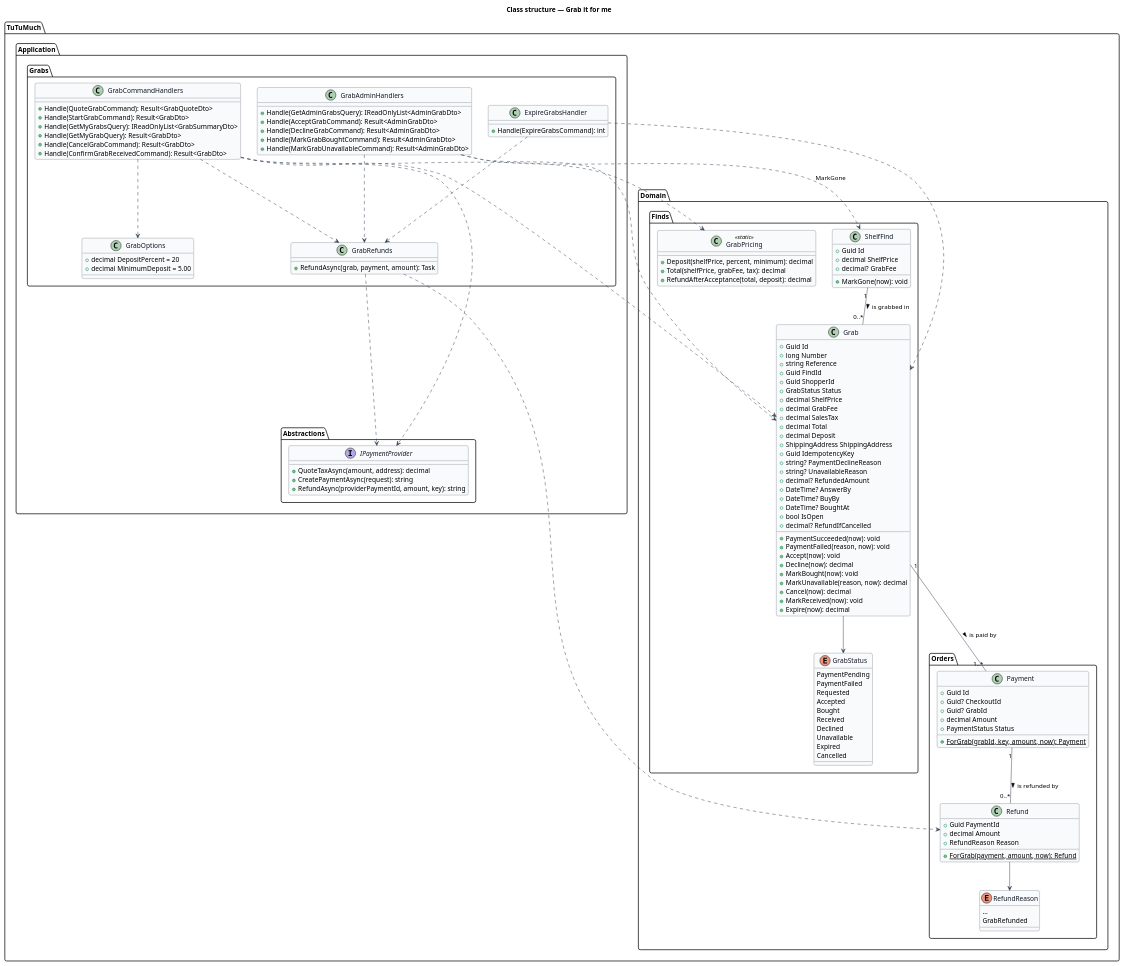
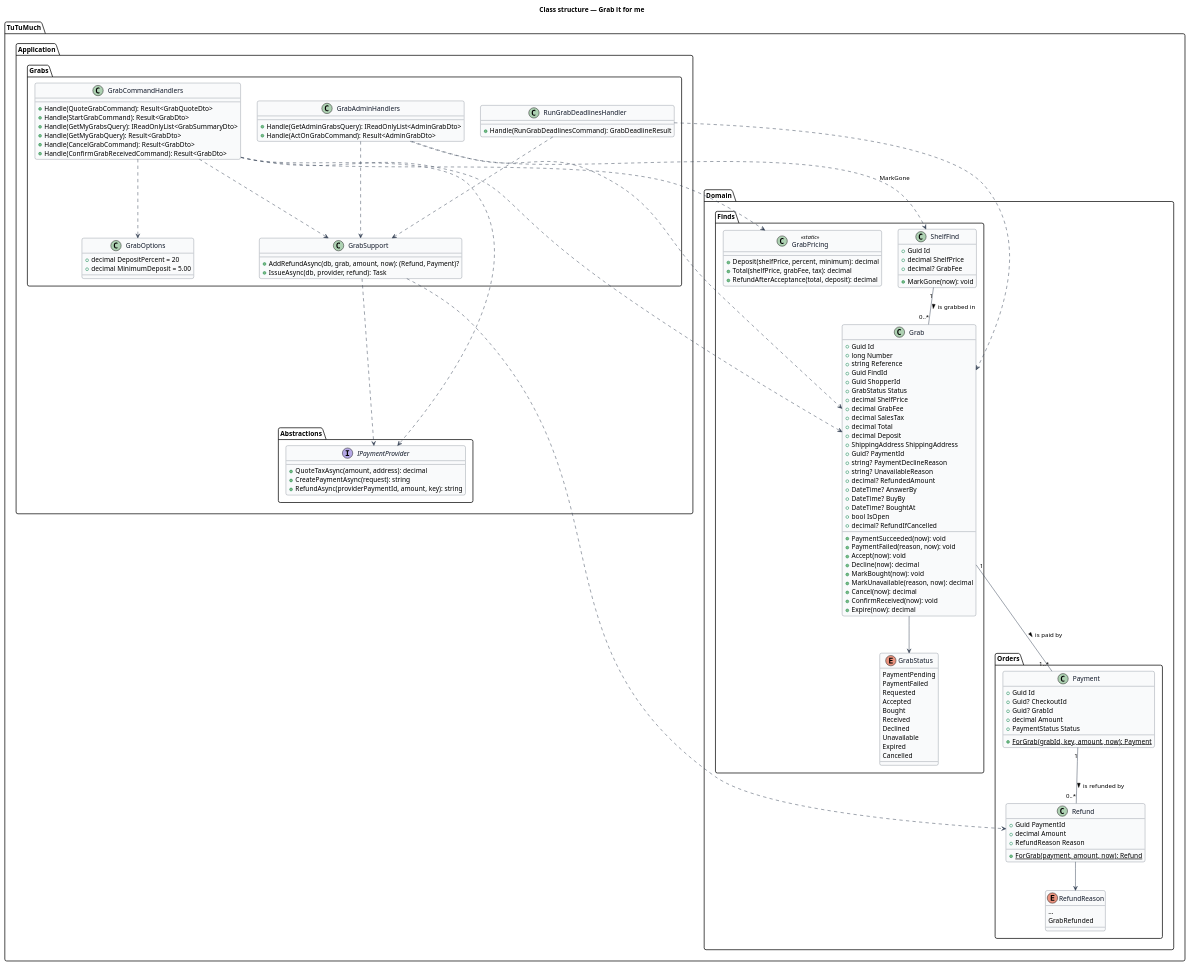
One commit to QuinntyneBrown/tutumuch changed the diagram in docs/detailed-designs/orders/grab-it-for-me/diagrams/class-structure.puml. Above: the diagram before and after it, drawn with PlantUML. The commit also changed 24 other files, not shown here.

```diff
--- a/docs/detailed-designs/orders/grab-it-for-me/diagrams/class-structure.puml
+++ b/docs/detailed-designs/orders/grab-it-for-me/diagrams/class-structure.puml
@@ -1,146 +1,144 @@
 @startuml
 skinparam backgroundColor #FFFFFF
 skinparam shadowing false
 skinparam roundcorner 8
 skinparam defaultFontName Arial
 skinparam ArrowColor #344054
 skinparam class {
   BorderColor #344054
   FontColor #101828
   BackgroundColor #F9FAFB
 }
 title Class structure — Grab it for me
 
 package "TuTuMuch.Domain.Finds" {
   enum GrabStatus {
     PaymentPending
     PaymentFailed
     Requested
     Accepted
     Bought
     Received
     Declined
     Unavailable
     Expired
     Cancelled
   }
   class Grab {
     +Guid Id
     +long Number
     +string Reference
     +Guid FindId
     +Guid ShopperId
     +GrabStatus Status
     +decimal ShelfPrice
     +decimal GrabFee
     +decimal SalesTax
     +decimal Total
     +decimal Deposit
     +ShippingAddress ShippingAddress
-    +Guid IdempotencyKey
+    +Guid? PaymentId
     +string? PaymentDeclineReason
     +string? UnavailableReason
     +decimal? RefundedAmount
     +DateTime? AnswerBy
     +DateTime? BuyBy
     +DateTime? BoughtAt
     +bool IsOpen
     +decimal? RefundIfCancelled
     +PaymentSucceeded(now): void
     +PaymentFailed(reason, now): void
     +Accept(now): void
     +Decline(now): decimal
     +MarkBought(now): void
     +MarkUnavailable(reason, now): decimal
     +Cancel(now): decimal
-    +MarkReceived(now): void
+    +ConfirmReceived(now): void
     +Expire(now): decimal
   }
   class GrabPricing <<static>> {
     +Deposit(shelfPrice, percent, minimum): decimal
     +Total(shelfPrice, grabFee, tax): decimal
     +RefundAfterAcceptance(total, deposit): decimal
   }
   class ShelfFind {
     +Guid Id
     +decimal ShelfPrice
     +decimal? GrabFee
     +MarkGone(now): void
   }
 }
 
 package "TuTuMuch.Domain.Orders" {
   class Payment {
     +Guid Id
     +Guid? CheckoutId
     +Guid? GrabId
     +decimal Amount
     +PaymentStatus Status
     +{static} ForGrab(grabId, key, amount, now): Payment
   }
   class Refund {
     +Guid PaymentId
     +decimal Amount
     +RefundReason Reason
     +{static} ForGrab(payment, amount, now): Refund
   }
   enum RefundReason {
     ...
     GrabRefunded
   }
 }
 
 package "TuTuMuch.Application.Grabs" {
   class GrabOptions {
     +decimal DepositPercent = 20
     +decimal MinimumDeposit = 5.00
   }
   class GrabCommandHandlers {
     +Handle(QuoteGrabCommand): Result<GrabQuoteDto>
     +Handle(StartGrabCommand): Result<GrabDto>
     +Handle(GetMyGrabsQuery): IReadOnlyList<GrabSummaryDto>
     +Handle(GetMyGrabQuery): Result<GrabDto>
     +Handle(CancelGrabCommand): Result<GrabDto>
     +Handle(ConfirmGrabReceivedCommand): Result<GrabDto>
   }
   class GrabAdminHandlers {
     +Handle(GetAdminGrabsQuery): IReadOnlyList<AdminGrabDto>
-    +Handle(AcceptGrabCommand): Result<AdminGrabDto>
-    +Handle(DeclineGrabCommand): Result<AdminGrabDto>
-    +Handle(MarkGrabBoughtCommand): Result<AdminGrabDto>
-    +Handle(MarkGrabUnavailableCommand): Result<AdminGrabDto>
+    +Handle(ActOnGrabCommand): Result<AdminGrabDto>
   }
-  class ExpireGrabsHandler {
-    +Handle(ExpireGrabsCommand): int
+  class RunGrabDeadlinesHandler {
+    +Handle(RunGrabDeadlinesCommand): GrabDeadlineResult
   }
-  class GrabRefunds {
-    +RefundAsync(grab, payment, amount): Task
+  class GrabSupport {
+    +AddRefundAsync(db, grab, amount, now): (Refund, Payment)?
+    +IssueAsync(db, provider, refund): Task
   }
 }
 
 package "TuTuMuch.Application.Abstractions" {
   interface IPaymentProvider {
     +QuoteTaxAsync(amount, address): decimal
     +CreatePaymentAsync(request): string
     +RefundAsync(providerPaymentId, amount, key): string
   }
 }
 
 Grab --> GrabStatus
 ShelfFind "1" -- "0..*" Grab : is grabbed in >
 Grab "1" -- "1..*" Payment : is paid by >
 Payment "1" -- "0..*" Refund : is refunded by >
 Refund --> RefundReason
 GrabCommandHandlers ..> GrabPricing
 GrabCommandHandlers ..> GrabOptions
 GrabCommandHandlers ..> Grab
 GrabCommandHandlers ..> IPaymentProvider
-GrabCommandHandlers ..> GrabRefunds
+GrabCommandHandlers ..> GrabSupport
 GrabAdminHandlers ..> Grab
 GrabAdminHandlers ..> ShelfFind : MarkGone
-GrabAdminHandlers ..> GrabRefunds
-ExpireGrabsHandler ..> Grab
-ExpireGrabsHandler ..> GrabRefunds
-GrabRefunds ..> Refund
-GrabRefunds ..> IPaymentProvider
+GrabAdminHandlers ..> GrabSupport
+RunGrabDeadlinesHandler ..> Grab
+RunGrabDeadlinesHandler ..> GrabSupport
+GrabSupport ..> Refund
+GrabSupport ..> IPaymentProvider
 @enduml
```
